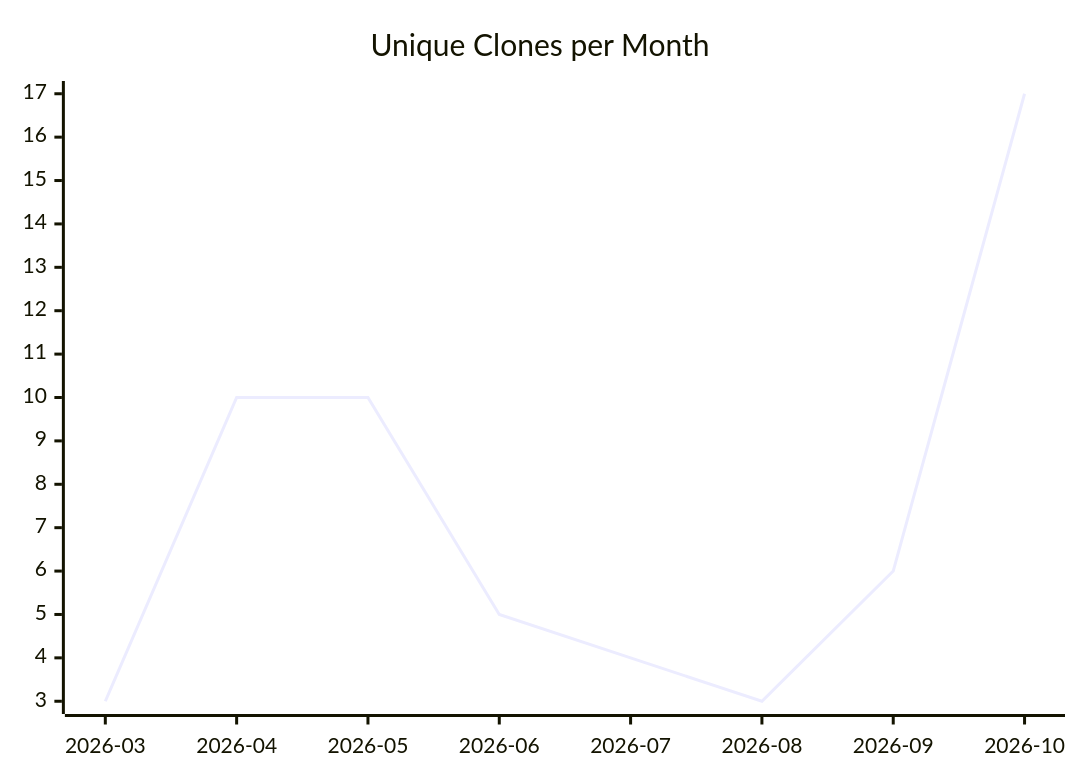
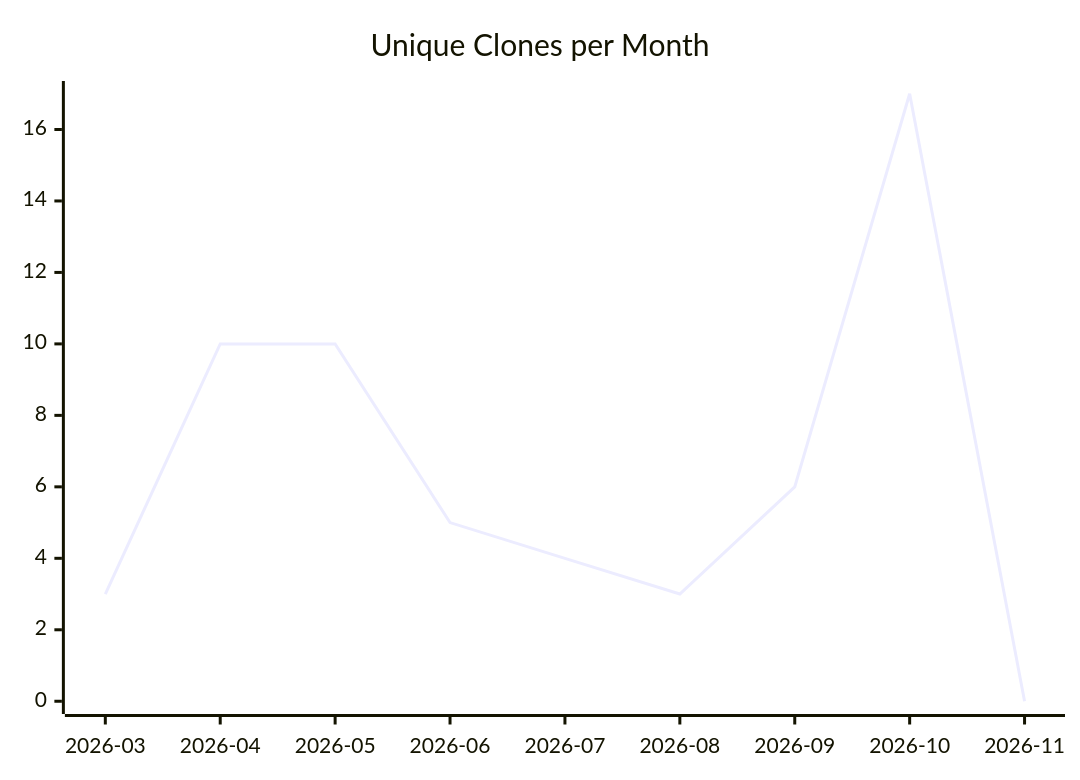
Before and after one commit to justdavis-family/github-analytics-data: the third of 3 diagrams in karlmdavis/can-i-kayak-baltimore/README.md, drawn with Mermaid. The commit also changed other lines of this file and 201 other files, not shown here.

````diff
--- a/karlmdavis/can-i-kayak-baltimore/README.md
+++ b/karlmdavis/can-i-kayak-baltimore/README.md
@@ -19,6 +19,6 @@
 ```mermaid
 xychart-beta
   title "Unique Clones per Month"
-  x-axis ["2026-03", "2026-04", "2026-05", "2026-06", "2026-07", "2026-08", "2026-09", "2026-10"]
-  line [3, 10, 10, 5, 4, 3, 6, 17]
+  x-axis ["2026-03", "2026-04", "2026-05", "2026-06", "2026-07", "2026-08", "2026-09", "2026-10", "2026-11"]
+  line [3, 10, 10, 5, 4, 3, 6, 17, 0]
 ```
````
